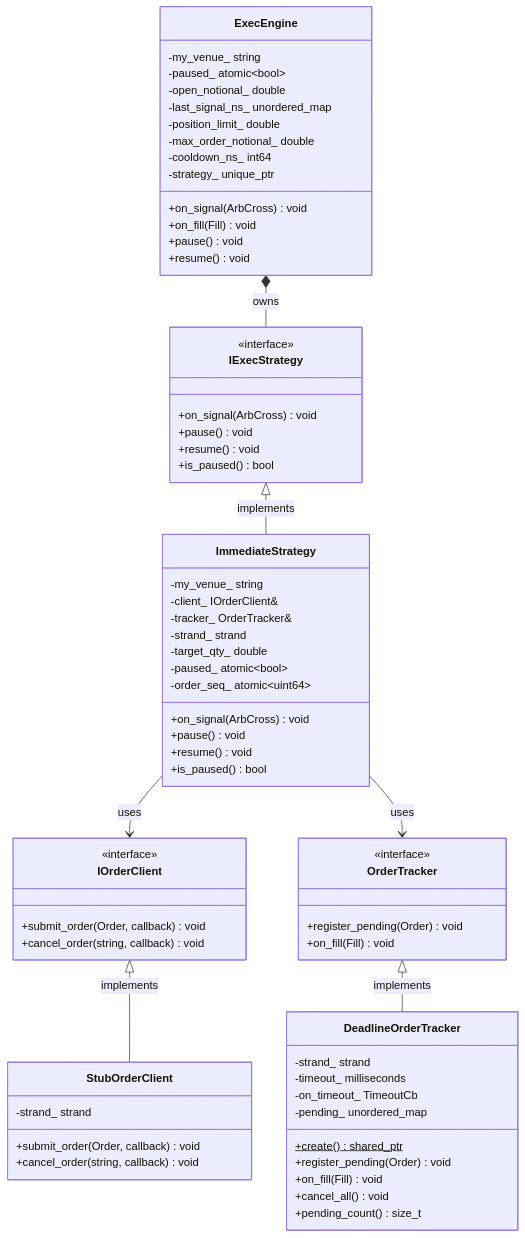
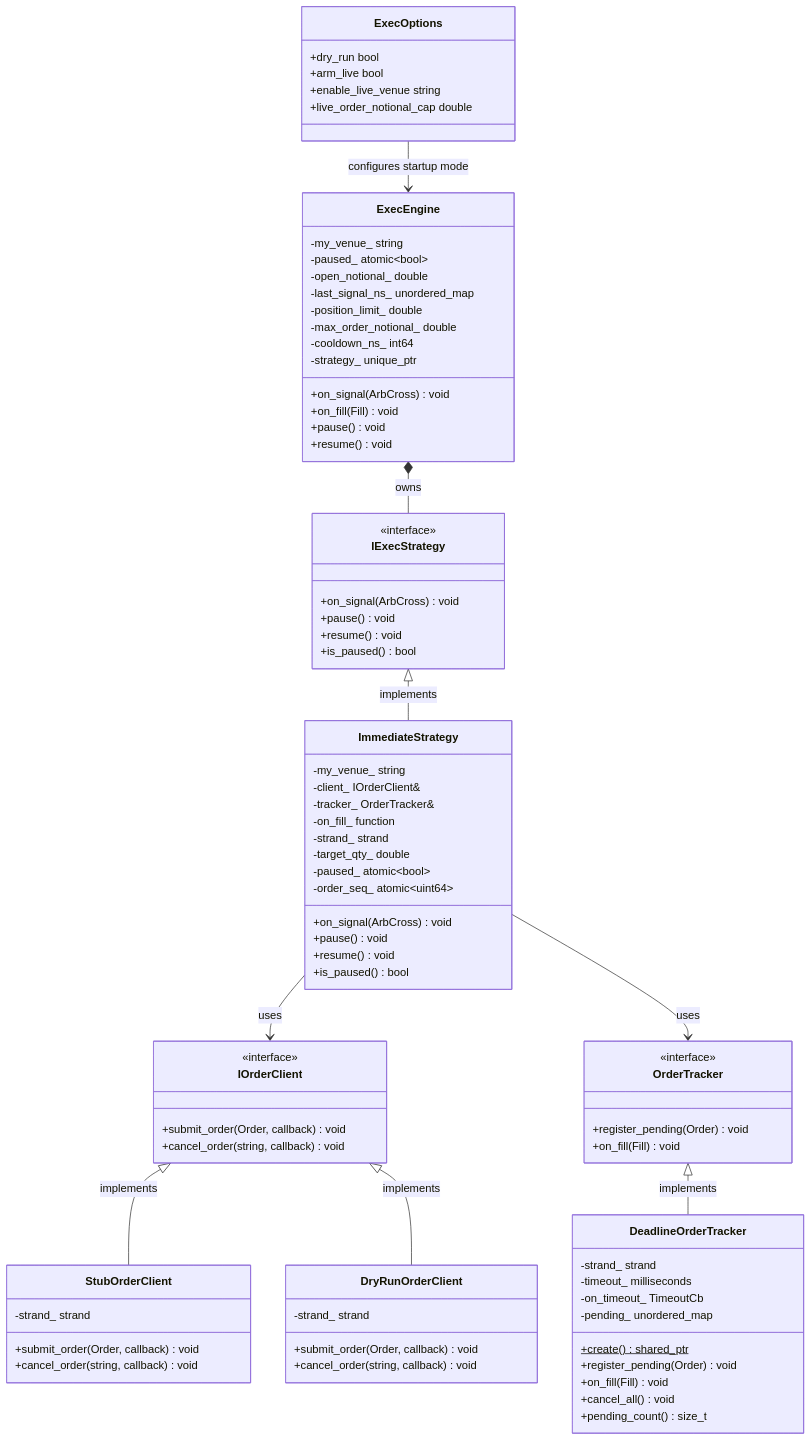
The third of 6 diagrams in docs/DIAGRAMS.md (fkonrad97/zidaBot), drawn with Mermaid before and after one commit. The commit also changed other lines of this file and 25 other files, not shown here.

````diff
--- a/docs/DIAGRAMS.md
+++ b/docs/DIAGRAMS.md
@@ -108,6 +115,12 @@
     }
 
     class StubOrderClient {
+        -strand_ strand
+        +submit_order(Order, callback) void
+        +cancel_order(string, callback) void
+    }
+
+    class DryRunOrderClient {
         -strand_ strand
         +submit_order(Order, callback) void
         +cancel_order(string, callback) void
@@ -143,6 +156,7 @@
         -my_venue_ string
         -client_ IOrderClient&
         -tracker_ OrderTracker&
+        -on_fill_ function
         -strand_ strand
         -target_qty_ double
         -paused_ atomic~bool~
@@ -168,10 +182,19 @@
         +resume() void
     }
 
+    class ExecOptions {
+        +dry_run bool
+        +arm_live bool
+        +enable_live_venue string
+        +live_order_notional_cap double
+    }
+
     IOrderClient <|-- StubOrderClient : implements
+    IOrderClient <|-- DryRunOrderClient : implements
     OrderTracker <|-- DeadlineOrderTracker : implements
     IExecStrategy <|-- ImmediateStrategy : implements
     ImmediateStrategy --> IOrderClient : uses
     ImmediateStrategy --> OrderTracker : uses
     ExecEngine *-- IExecStrategy : owns
+    ExecOptions --> ExecEngine : configures startup mode
 ```
````
